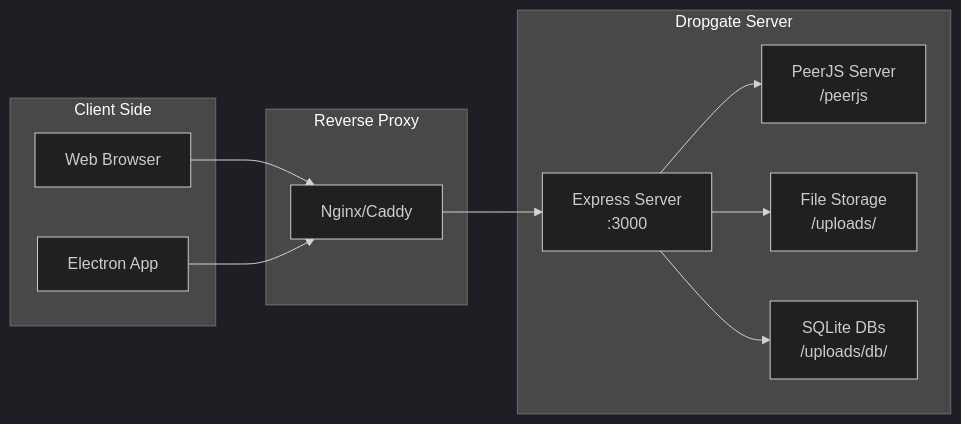
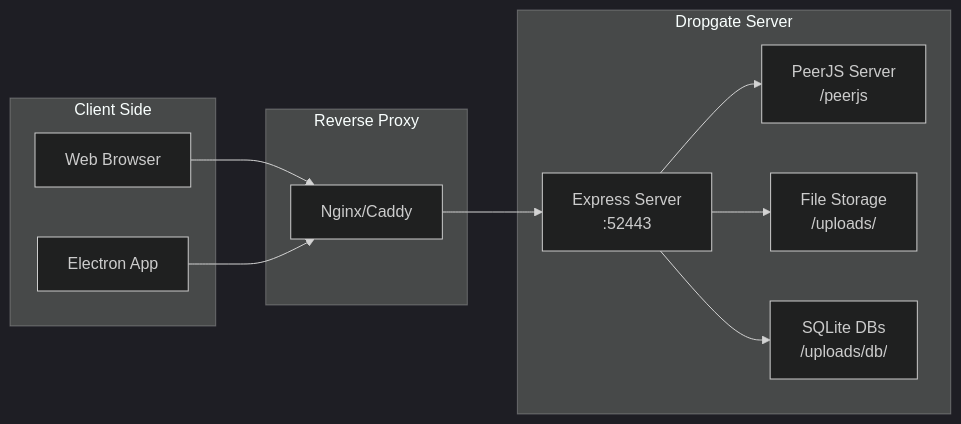
Before and after one commit to WillTDA/Dropgate: the second of 2 diagrams in docs/technical/ARCHITECTURE.md, drawn with Mermaid (dark theme). The commit also changed other lines of this file and 5 other files, not shown here.

````diff
--- a/docs/technical/ARCHITECTURE.md
+++ b/docs/technical/ARCHITECTURE.md
@@ -216,25 +219,25 @@
 ```mermaid
 flowchart LR
     subgraph "Client Side"
         BROWSER["Web Browser"]
         ELECTRON["Electron App"]
     end
 
     subgraph "Reverse Proxy"
         NGINX["Nginx/Caddy"]
     end
 
     subgraph "Dropgate Server"
-        EXPRESS["Express Server<br/>:3000"]
+        EXPRESS["Express Server<br/>:52443"]
         PEERJS_SRV["PeerJS Server<br/>/peerjs"]
         UPLOADS["File Storage<br/>/uploads/"]
         DB["SQLite DBs<br/>/uploads/db/"]
     end
 
     BROWSER --> NGINX
     ELECTRON --> NGINX
     NGINX --> EXPRESS
     EXPRESS --> PEERJS_SRV
     EXPRESS --> UPLOADS
     EXPRESS --> DB
 ```
````
